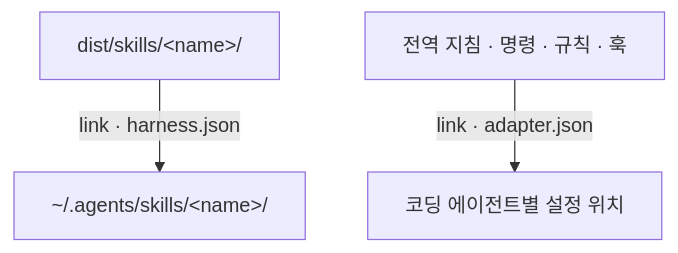
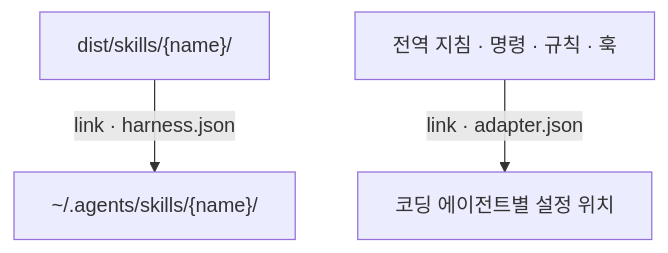
Before and after one commit to rheech22/harness: the second of 3 diagrams in README.md, drawn with Mermaid. The commit also changed other lines of this file, not shown here.

First line of the commit message:
docs(repo): Mermaid 경로의 placeholder를 중괄호로 표기한다

````diff
--- a/README.md
+++ b/README.md
@@ -58,7 +58,7 @@
 ```mermaid
 flowchart TD
   accTitle: link로 코딩 에이전트에 연결
   accDescr: 공용 스킬은 agents 디렉터리로 연결하고 지침과 명령 규칙 훅은 런타임별 설정 위치로 연결한다.
-  skills["dist/skills/&lt;name&gt;/"] -->|link · harness.json| shared["~/.agents/skills/&lt;name&gt;/"]
+  skills["dist/skills/{name}/"] -->|link · harness.json| shared["~/.agents/skills/{name}/"]
   files["전역 지침 · 명령 · 규칙 · 훅"] -->|link · adapter.json| runtime["코딩 에이전트별 설정 위치"]
 ```
````
